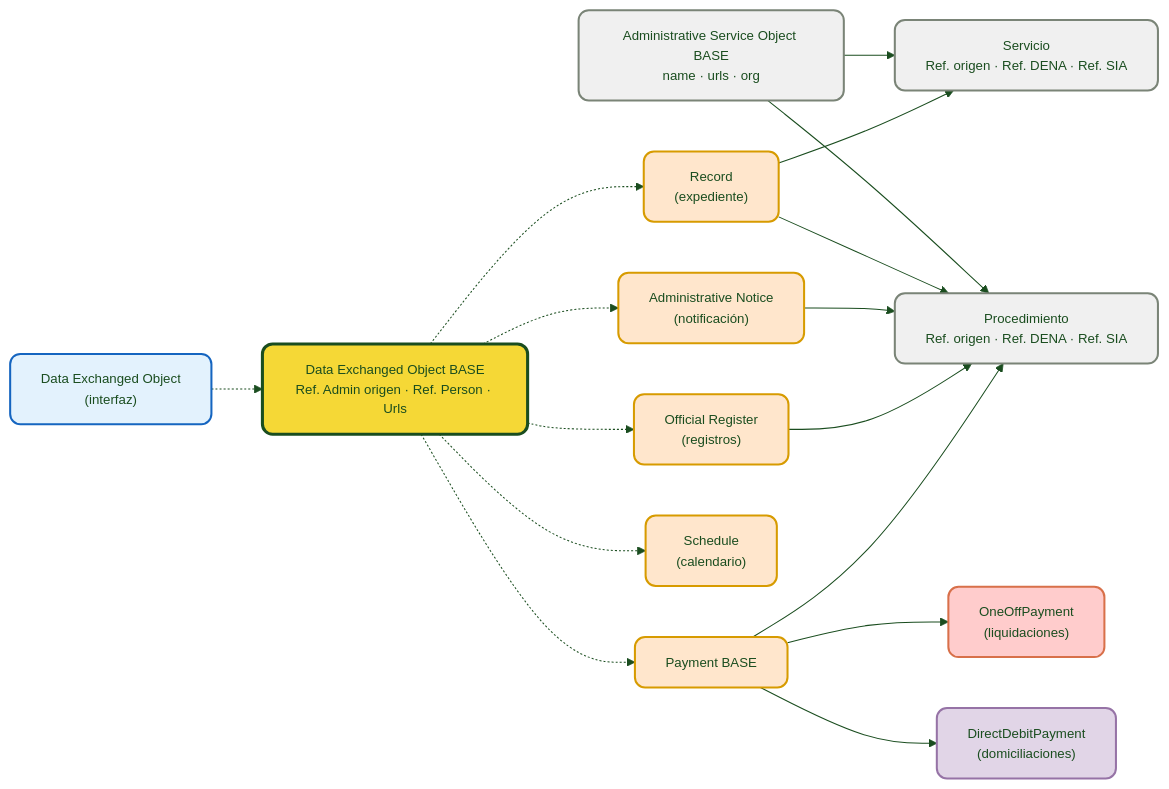
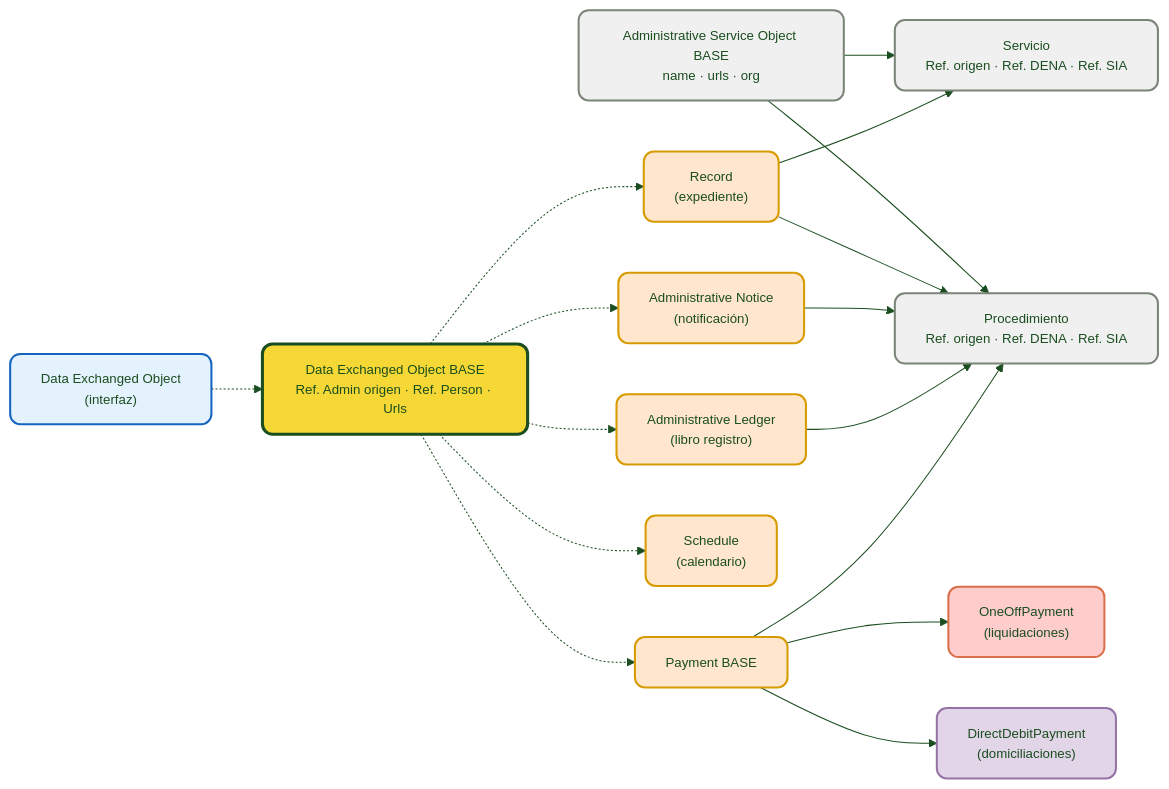
The first of 3 diagrams in docs/semantica/data-retrieve/index.md (DENA-Euskadi/dena-euskadi.github.io), drawn with Mermaid before and after one commit. The commit also changed other lines of this file and 75 other files, not shown here.

````diff
--- a/docs/semantica/data-retrieve/index.md
+++ b/docs/semantica/data-retrieve/index.md
@@ -25,74 +25,74 @@
 ```mermaid
 ---
 config:
   theme: base
   themeVariables:
     primaryColor: "#FFFFFF"
     primaryTextColor: "#1a4d1f"
     primaryBorderColor: "#70d680"
     lineColor: "#1a4d1f"
     fontSize: "13px"
     fontFamily: "Manrope, sans-serif"
     edgeLabelBackground: "#FFFFFF"
 ---
 flowchart LR
     IFACE["Data Exchanged Object\n(interfaz)"]
     BASE["Data Exchanged Object BASE\nRef. Admin origen · Ref. Person · Urls"]
 
     IFACE -.-> BASE
 
     RECORD["Record\n(expediente)"]
     NOTICE["Administrative Notice\n(notificación)"]
-    REGISTRY["Official Register\n(registros)"]
+    REGISTRY["Administrative Ledger\n(libro registro)"]
     PAYBASE["Payment BASE"]
     SCHEDULE["Schedule\n(calendario)"]
 
     BASE -.-> RECORD
     BASE -.-> NOTICE
     BASE -.-> REGISTRY
     BASE -.-> PAYBASE
     BASE -.-> SCHEDULE
 
     ONEOFF["OneOffPayment\n(liquidaciones)"]
     DIRECTDEBIT["DirectDebitPayment\n(domiciliaciones)"]
 
     PAYBASE --> ONEOFF
     PAYBASE --> DIRECTDEBIT
 
     SRVBASE["Administrative Service Object BASE\nname · urls · org"]
     SRV["Servicio\nRef. origen · Ref. DENA · Ref. SIA"]
     PROC["Procedimiento\nRef. origen · Ref. DENA · Ref. SIA"]
 
     SRVBASE --> SRV
     SRVBASE --> PROC
 
     RECORD --> SRV
     RECORD --> PROC
     NOTICE --> PROC
     REGISTRY --> PROC
     PAYBASE --> PROC
 
     click RECORD "./data/expediente/" "Ver documentación de Expediente"
     click NOTICE "./data/notificacion/" "Ver documentación de Notificación"
-    click REGISTRY "./data/registro-oficial/" "Ver documentación de Registro Oficial"
+    click REGISTRY "./data/libro-registro/" "Ver documentación de Libro Registro"
     click PAYBASE "./data/pago/" "Ver documentación de Pagos"
     click ONEOFF "./data/pago/" "Ver documentación de Pago Único"
     click DIRECTDEBIT "./data/pago/" "Ver documentación de Domiciliación"
     click SCHEDULE "./data/cita/" "Ver documentación de Cita"
     click SRV "./data/servicio-administrativo/" "Ver documentación de Servicio"
     click PROC "./data/servicio-administrativo/" "Ver documentación de Procedimiento"
     click BASE "./data/campos-comunes/" "Ver campos comunes heredados"
 
     style IFACE fill:#e3f2fd,stroke:#1565c0,color:#1a4d1f,stroke-width:2px,rx:10,ry:10
     style BASE fill:#f5d836,stroke:#1a4d1f,color:#1a4d1f,stroke-width:3px,rx:10,ry:10
     style RECORD fill:#ffe6cc,stroke:#d79b00,color:#1a4d1f,stroke-width:2px,rx:10,ry:10
     style NOTICE fill:#ffe6cc,stroke:#d79b00,color:#1a4d1f,stroke-width:2px,rx:10,ry:10
     style REGISTRY fill:#ffe6cc,stroke:#d79b00,color:#1a4d1f,stroke-width:2px,rx:10,ry:10
     style PAYBASE fill:#ffe6cc,stroke:#d79b00,color:#1a4d1f,stroke-width:2px,rx:10,ry:10
     style SCHEDULE fill:#ffe6cc,stroke:#d79b00,color:#1a4d1f,stroke-width:2px,rx:10,ry:10
     style ONEOFF fill:#ffcccc,stroke:#d8704a,color:#1a4d1f,stroke-width:2px,rx:10,ry:10
     style DIRECTDEBIT fill:#e1d5e7,stroke:#9673a6,color:#1a4d1f,stroke-width:2px,rx:10,ry:10
     style SRVBASE fill:#f0f0f0,stroke:#7a8477,color:#1a4d1f,stroke-width:2px,rx:10,ry:10
     style SRV fill:#f0f0f0,stroke:#7a8477,color:#1a4d1f,stroke-width:2px,rx:10,ry:10
     style PROC fill:#f0f0f0,stroke:#7a8477,color:#1a4d1f,stroke-width:2px,rx:10,ry:10
 ```
````
